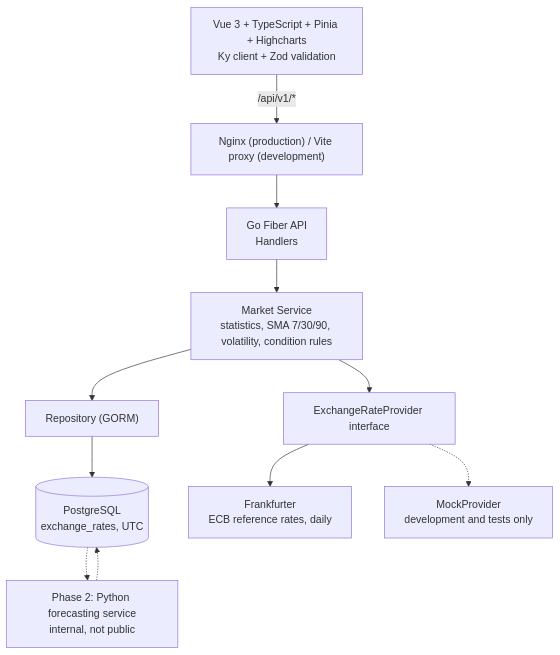
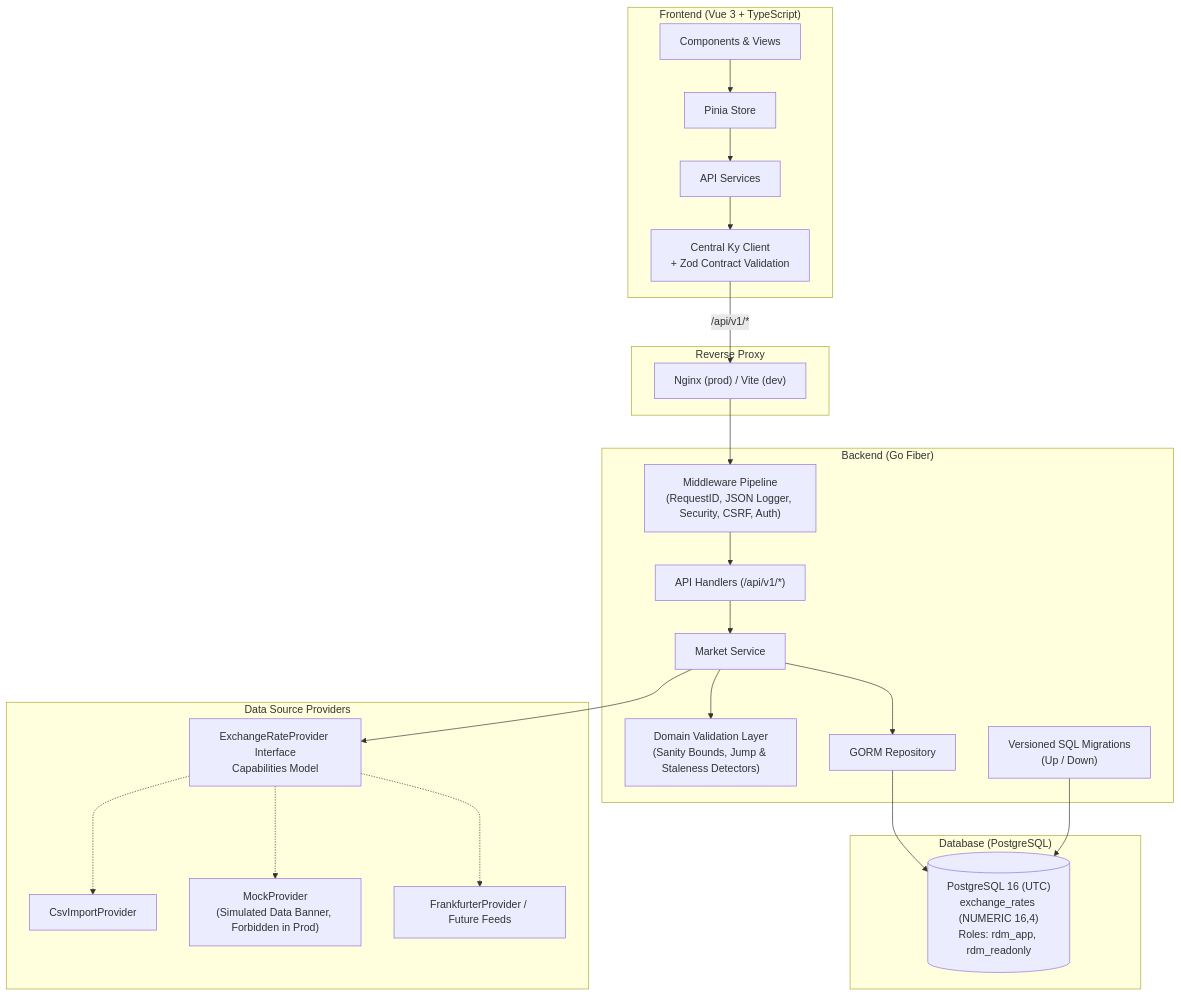
One commit to rdmfr/RdMarket changed the diagram in README.md. Above: the diagram before and after it, drawn with Mermaid. The commit also changed other lines of this file and 72 other files, not shown here.

Commit message:
feat(phase0): implement Phase 0 foundation architecture and tooling

````diff
--- a/README.md
+++ b/README.md
@@ -28,13 +13,45 @@
 ```mermaid
 flowchart TD
-  UI["Vue 3 + TypeScript + Pinia + Highcharts<br/>Ky client + Zod validation"] -->|"/api/v1/*"| PROXY["Nginx (production) / Vite proxy (development)"]
-  PROXY --> API["Go Fiber API<br/>Handlers"]
-  API --> SVC["Market Service<br/>statistics, SMA 7/30/90, volatility, condition rules"]
-  SVC --> REPO["Repository (GORM)"]
-  SVC --> PROV["ExchangeRateProvider interface"]
-  REPO --> DB[("PostgreSQL<br/>exchange_rates, UTC")]
-  PROV --> FR["Frankfurter<br/>ECB reference rates, daily"]
-  PROV -.-> MOCK["MockProvider<br/>development and tests only"]
-  DB -.-> FC["Phase 2: Python forecasting service<br/>internal, not public"]
-  FC -.-> DB
+  subgraph Frontend ["Frontend (Vue 3 + TypeScript)"]
+    UI["Components & Views"] --> STORE["Pinia Store"]
+    STORE --> API_SVC["API Services"]
+    API_SVC --> KY["Central Ky Client<br/>+ Zod Contract Validation"]
+  end
+
+  subgraph Gateway ["Reverse Proxy"]
+    PROXY["Nginx (prod) / Vite (dev)"]
+  end
+
+  subgraph Backend ["Backend (Go Fiber)"]
+    MW["Middleware Pipeline<br/>(RequestID, JSON Logger, Security, CSRF, Auth)"]
+    ROUTER["API Handlers (/api/v1/*)"]
+    SVC["Market Service"]
+    VAL["Domain Validation Layer<br/>(Sanity Bounds, Jump & Staleness Detectors)"]
+    REPO["GORM Repository"]
+    MIG["Versioned SQL Migrations<br/>(Up / Down)"]
+  end
+
+  subgraph Storage ["Database (PostgreSQL)"]
+    DB[("PostgreSQL 16 (UTC)<br/>exchange_rates (NUMERIC 16,4)<br/>Roles: rdm_app, rdm_readonly")]
+  end
+
+  subgraph External ["Data Source Providers"]
+    PROV_INT["ExchangeRateProvider Interface<br/>Capabilities Model"]
+    CSV["CsvImportProvider"]
+    MOCK["MockProvider<br/>(Simulated Data Banner, Forbidden in Prod)"]
+    REAL["FrankfurterProvider / Future Feeds"]
+  end
+
+  KY -->|"/api/v1/*"| PROXY
+  PROXY --> MW
+  MW --> ROUTER
+  ROUTER --> SVC
+  SVC --> VAL
+  SVC --> REPO
+  SVC --> PROV_INT
+  PROV_INT -.-> CSV
+  PROV_INT -.-> MOCK
+  PROV_INT -.-> REAL
+  REPO --> DB
+  MIG --> DB
 ```
````
